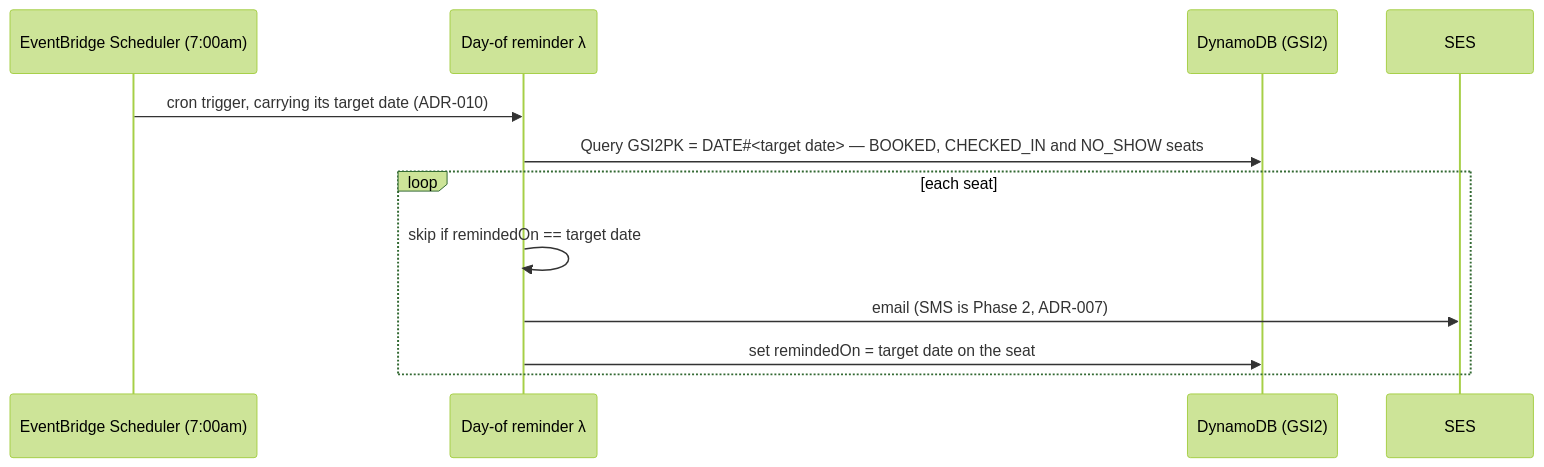
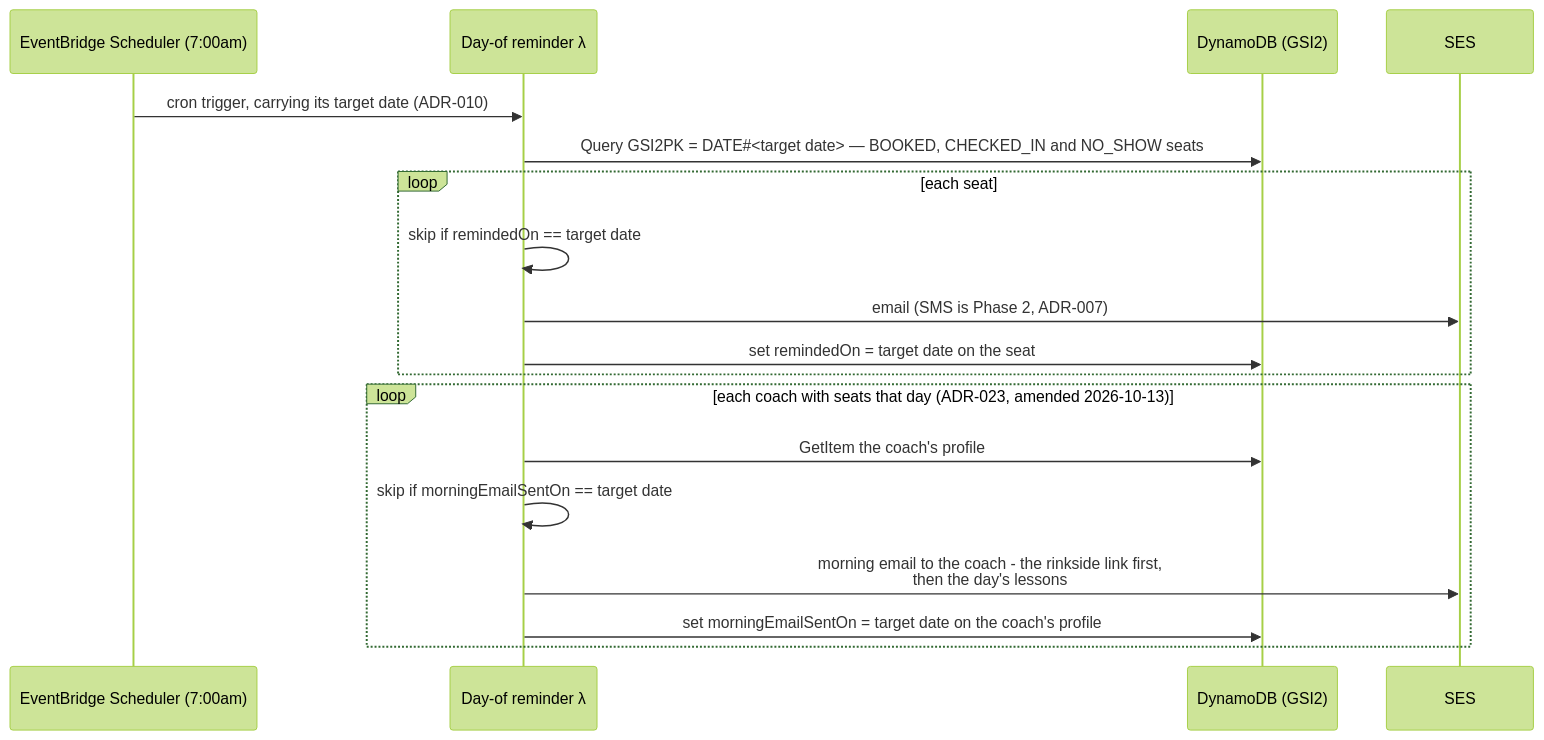
Before and after one commit to jessicamvega6/bladebook: the tenth of 28 diagrams in docs/architecture.md, drawn with Mermaid (forest theme). The commit also changed other lines of this file and 58 other files, not shown here.

First line of the commit message:
Rinkside access: Today-page link and the coach's morning email

````diff
--- a/docs/architecture.md
+++ b/docs/architecture.md
@@ -863,14 +864,20 @@
 ```mermaid
 sequenceDiagram
     participant Sch as EventBridge Scheduler (7:00am)
     participant R as Day-of reminder λ
     participant DB as DynamoDB (GSI2)
     participant N as SES
     Sch->>R: cron trigger, carrying its target date (ADR-010)
     R->>DB: Query GSI2PK = DATE#35;<target date> — BOOKED, CHECKED_IN and NO_SHOW seats
     loop each seat
         R->>R: skip if remindedOn == target date
         R->>N: email (SMS is Phase 2, ADR-007)
         R->>DB: set remindedOn = target date on the seat
     end
+    loop each coach with seats that day (ADR-023, amended 2026-10-13)
+        R->>DB: GetItem the coach's profile
+        R->>R: skip if morningEmailSentOn == target date
+        R->>N: morning email to the coach - the rinkside link first,<br/>then the day's lessons
+        R->>DB: set morningEmailSentOn = target date on the coach's profile
+    end
 ```
````
